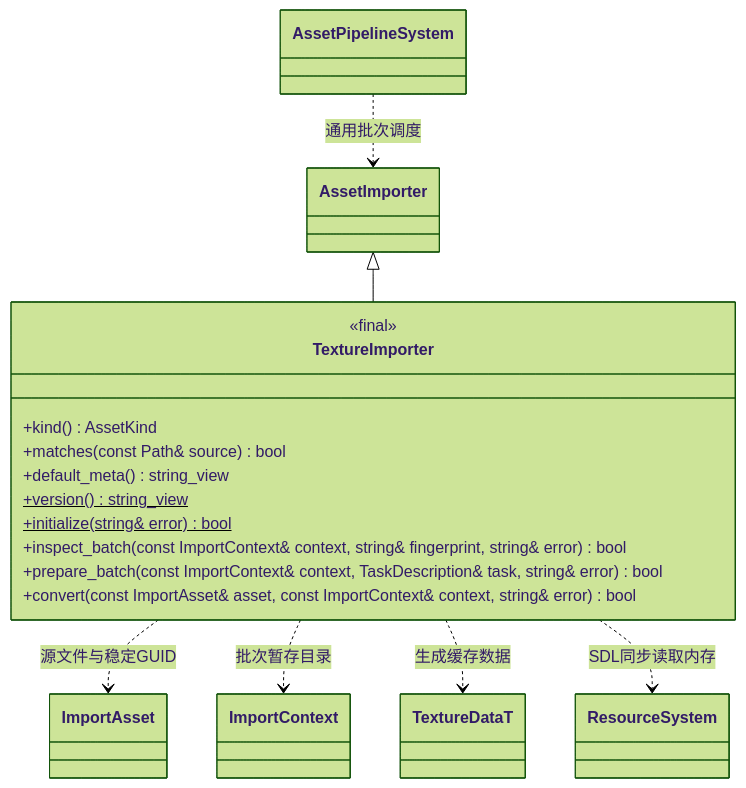
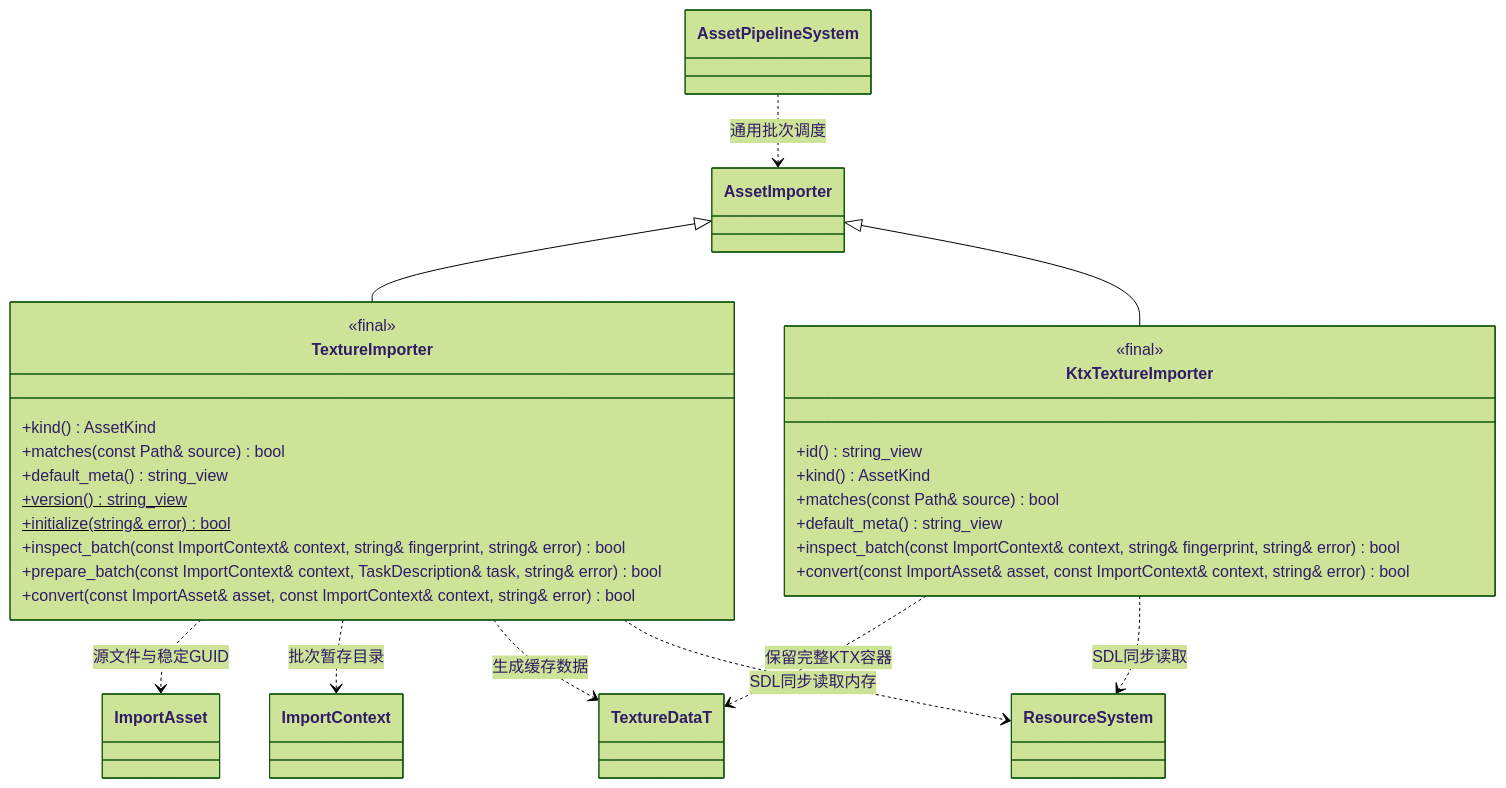
Before and after one commit to lcals/Engine: the diagram in docs/editor/class-diagrams/texture-importer.md, drawn with Mermaid (forest theme). The commit also changed other lines of this file and 104 other files, not shown here.

````diff
--- a/docs/editor/class-diagrams/texture-importer.md
+++ b/docs/editor/class-diagrams/texture-importer.md
@@ -5,26 +5,38 @@
 ```mermaid
 classDiagram
     class TextureImporter {
         <<final>>
         +kind() AssetKind
         +matches(const Path& source) bool
         +default_meta() string_view
         +version() string_view$
         +initialize(string& error) bool$
         +inspect_batch(const ImportContext& context, string& fingerprint, string& error) bool
         +prepare_batch(const ImportContext& context, TaskDescription& task, string& error) bool
         +convert(const ImportAsset& asset, const ImportContext& context, string& error) bool
     }
     class AssetPipelineSystem
+    class KtxTextureImporter {
+        <<final>>
+        +id() string_view
+        +kind() AssetKind
+        +matches(const Path& source) bool
+        +default_meta() string_view
+        +inspect_batch(const ImportContext& context, string& fingerprint, string& error) bool
+        +convert(const ImportAsset& asset, const ImportContext& context, string& error) bool
+    }
     class ImportAsset
     class ImportContext
     class TextureDataT
     class ResourceSystem
     class AssetImporter
     AssetImporter <|-- TextureImporter
+    AssetImporter <|-- KtxTextureImporter
+    KtxTextureImporter ..> TextureDataT : 保留完整KTX容器
+    KtxTextureImporter ..> ResourceSystem : SDL同步读取
     AssetPipelineSystem ..> AssetImporter : 通用批次调度
     TextureImporter ..> ImportAsset : 源文件与稳定GUID
     TextureImporter ..> ImportContext : 批次暂存目录
     TextureImporter ..> TextureDataT : 生成缓存数据
     TextureImporter ..> ResourceSystem : SDL同步读取内存
 ```
````
